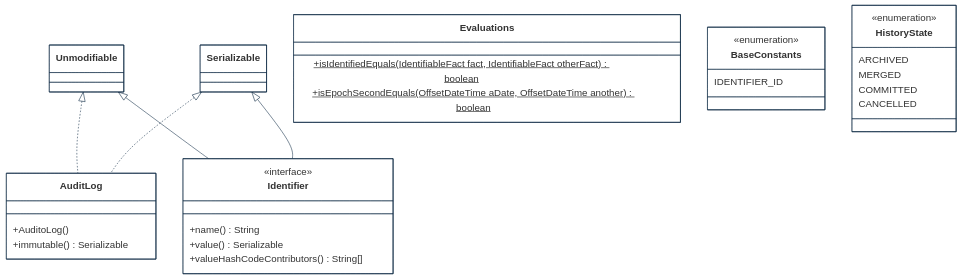
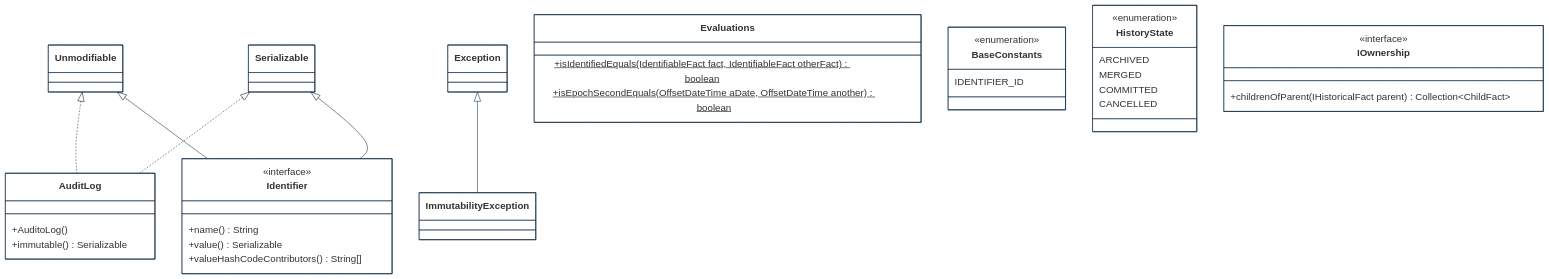
Before and after one commit to cybnity/foundation: the second of 6 diagrams in implementations-line/framework/immutable/designview-packages.md, drawn with Mermaid. The commit also changed other lines of this file, not shown here.

````diff
--- a/implementations-line/framework/immutable/designview-packages.md
+++ b/implementations-line/framework/immutable/designview-packages.md
@@ -138,49 +146,54 @@
 ```mermaid
 %%{
   init: {
     'theme': 'base',
     'themeVariables': {
         'background': '#ffffff',
         'fontFamily': 'arial',
         'fontSize': '18px',
         'primaryColor': '#fff',
         'primaryBorderColor': '#0e2a43',
         'secondaryBorderColor': '#0e2a43',
         'tertiaryBorderColor': '#0e2a43',
         'edgeLabelBackground':'#0e2a43',
         'lineColor': '#0e2a43',
         'tertiaryColor': '#fff'
     }
   }
 }%%
 classDiagram
     Unmodifiable <|.. AuditLog
     Serializable <|.. AuditLog
     Unmodifiable <|-- Identifier
     Serializable <|-- Identifier
+    Exception <|-- ImmutabilityException
     class Identifier {
         <<interface>>
         +name() String
         +value() Serializable
         +valueHashCodeContributors() String[]
     }
     class AuditLog {
         +AuditoLog()
         +immutable() Serializable
     }
     class Evaluations {
         +isIdentifiedEquals(IdentifiableFact fact, IdentifiableFact otherFact)$ boolean
         +isEpochSecondEquals(OffsetDateTime aDate, OffsetDateTime another)$ boolean
     }
     class BaseConstants {
         <<enumeration>>
         IDENTIFIER_ID
     }
     class HistoryState {
         <<enumeration>>
         ARCHIVED
         MERGED
         COMMITTED
         CANCELLED
     }
+    class IOwnership {
+        <<interface>>
+        +childrenOfParent(IHistoricalFact parent) Collection~ChildFact~
+    }
 ```
````
